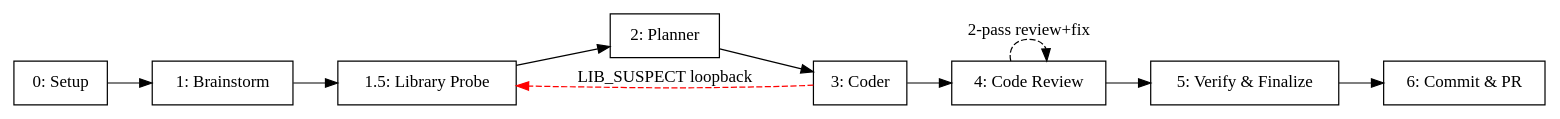
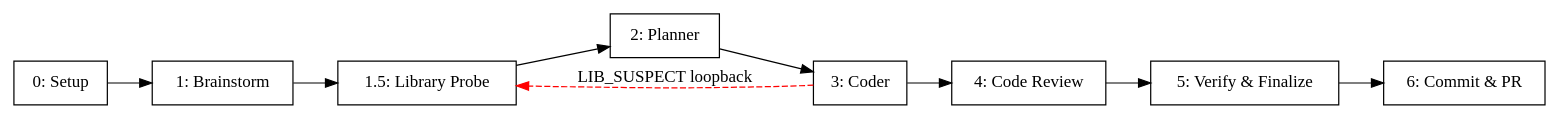
The diagram in skills/orchestrate/SKILL.md (vertexcover-io/harness-engineering), drawn with Graphviz before and after one commit. The commit also changed other lines of this file and 6 other files, not shown here.

````diff
--- a/skills/orchestrate/SKILL.md
+++ b/skills/orchestrate/SKILL.md
@@ -148,15 +148,14 @@
 ```dot
 digraph pipeline {
   rankdir=LR
   node [shape=box]
   stage_0 [label="0: Setup"]; stage_1 [label="1: Brainstorm"]
   stage_15 [label="1.5: Library Probe"]
   stage_2 [label="2: Planner"]; stage_3 [label="3: Coder"]
   stage_4 [label="4: Code Review"]; stage_5 [label="5: Verify & Finalize"]
   stage_6 [label="6: Commit & PR"]
   stage_0 -> stage_1 -> stage_15 -> stage_2 -> stage_3
   stage_3 -> stage_4 -> stage_5 -> stage_6
-  stage_4 -> stage_4 [label="2-pass review+fix" style=dashed]
   stage_3 -> stage_15 [label="LIB_SUSPECT loopback" style=dashed color=red]
 }
 ```
````
